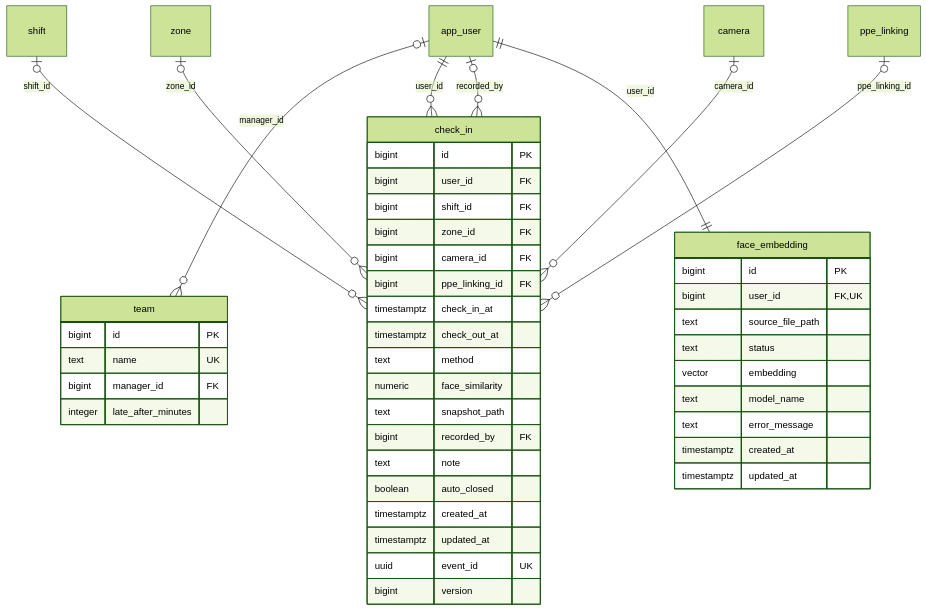
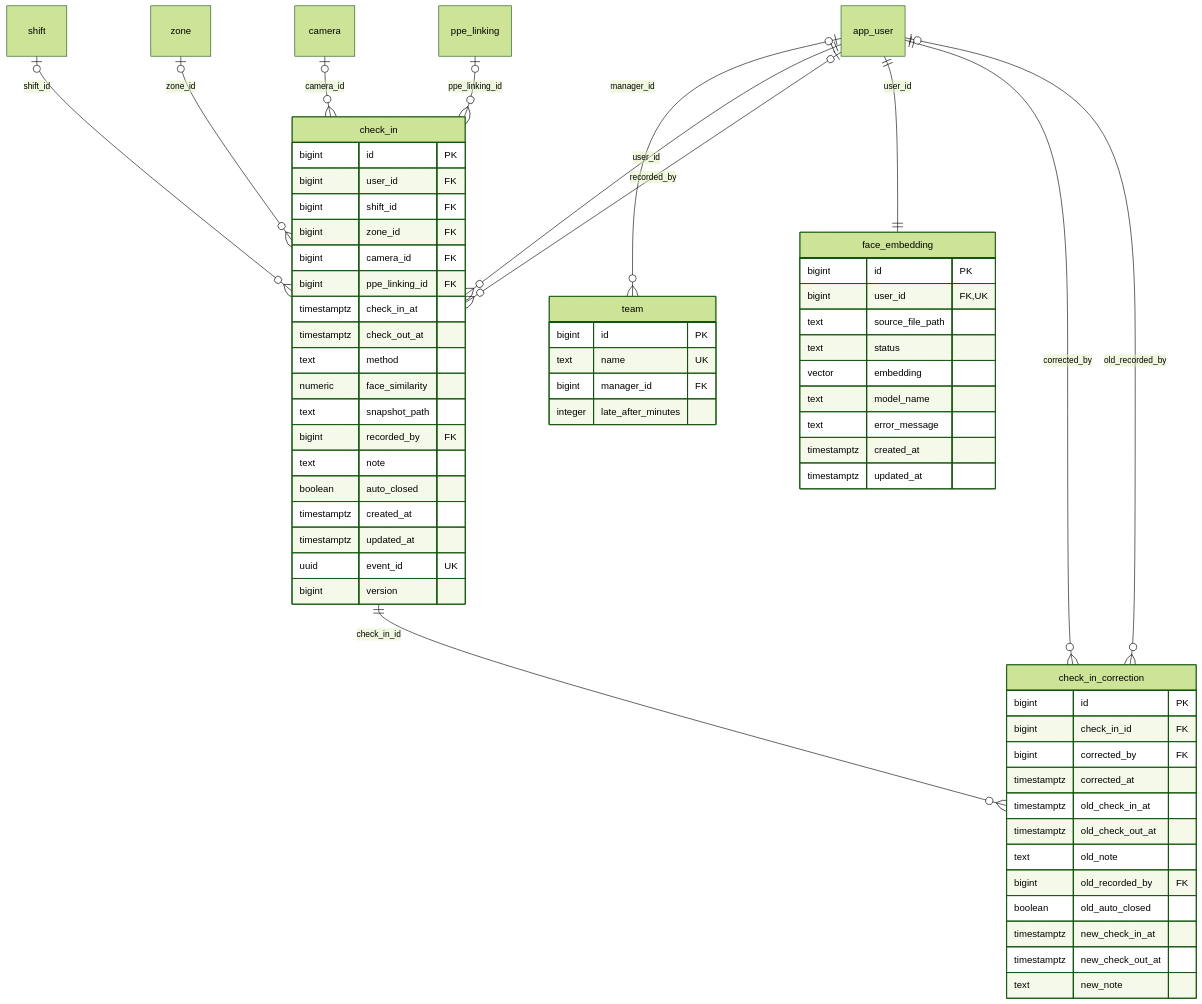
Before and after one commit to OwOchiii/steelsight_erp: the third of 7 diagrams in docs/database-design.md, drawn with Mermaid (forest theme). The commit also changed other lines of this file and 45 other files, not shown here.

````diff
--- a/docs/database-design.md
+++ b/docs/database-design.md
@@ -161,48 +164,65 @@
 ```mermaid
 erDiagram
     app_user |o--o{ team : "manager_id"
     app_user ||--o{ check_in : "user_id"
     shift |o--o{ check_in : "shift_id"
     zone |o--o{ check_in : "zone_id"
     camera |o--o{ check_in : "camera_id"
     ppe_linking |o--o{ check_in : "ppe_linking_id"
     app_user |o--o{ check_in : "recorded_by"
     app_user ||--|| face_embedding : "user_id"
+    check_in ||--o{ check_in_correction : "check_in_id"
+    app_user ||--o{ check_in_correction : "corrected_by"
+    app_user |o--o{ check_in_correction : "old_recorded_by"
     team {
         bigint id PK
         text name UK
         bigint manager_id FK
         integer late_after_minutes
     }
     check_in {
         bigint id PK
         bigint user_id FK
         bigint shift_id FK
         bigint zone_id FK
         bigint camera_id FK
         bigint ppe_linking_id FK
         timestamptz check_in_at
         timestamptz check_out_at
         text method
         numeric face_similarity
         text snapshot_path
         bigint recorded_by FK
         text note
         boolean auto_closed
         timestamptz created_at
         timestamptz updated_at
         uuid event_id UK
         bigint version
     }
     face_embedding {
         bigint id PK
         bigint user_id FK,UK
         text source_file_path
         text status
         vector embedding
         text model_name
         text error_message
         timestamptz created_at
         timestamptz updated_at
     }
+    check_in_correction {
+        bigint id PK
+        bigint check_in_id FK
+        bigint corrected_by FK
+        timestamptz corrected_at
+        timestamptz old_check_in_at
+        timestamptz old_check_out_at
+        text old_note
+        bigint old_recorded_by FK
+        boolean old_auto_closed
+        timestamptz new_check_in_at
+        timestamptz new_check_out_at
+        text new_note
+    }
 ```
````
